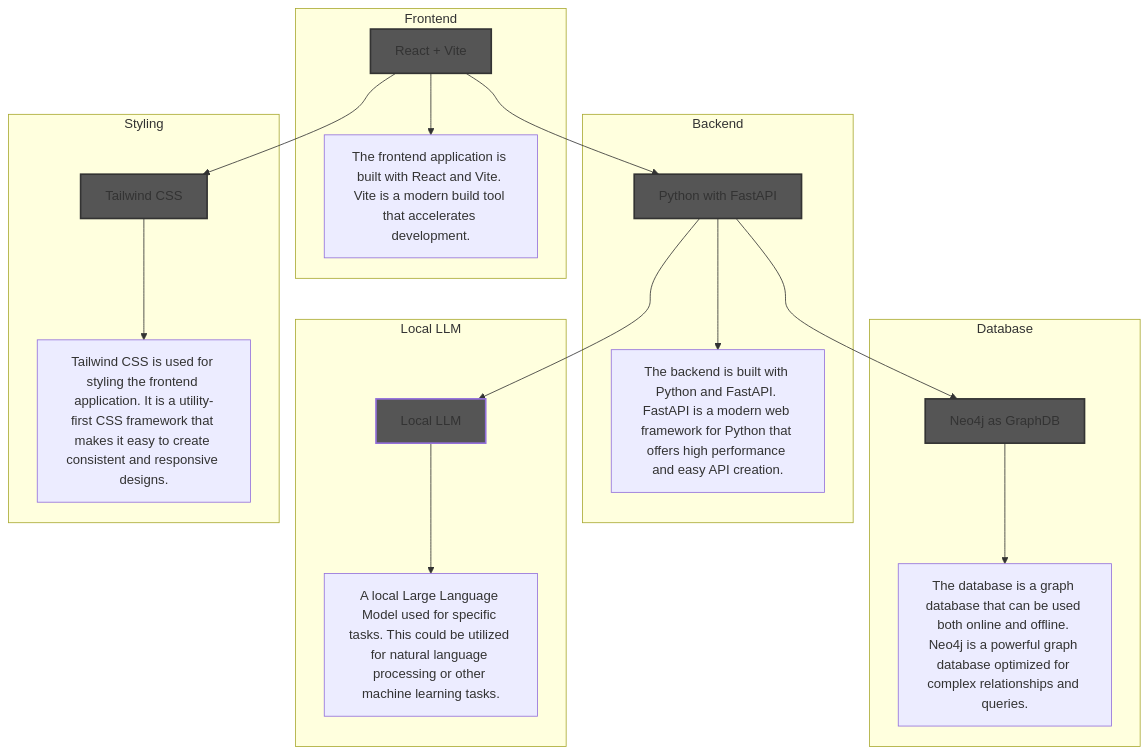
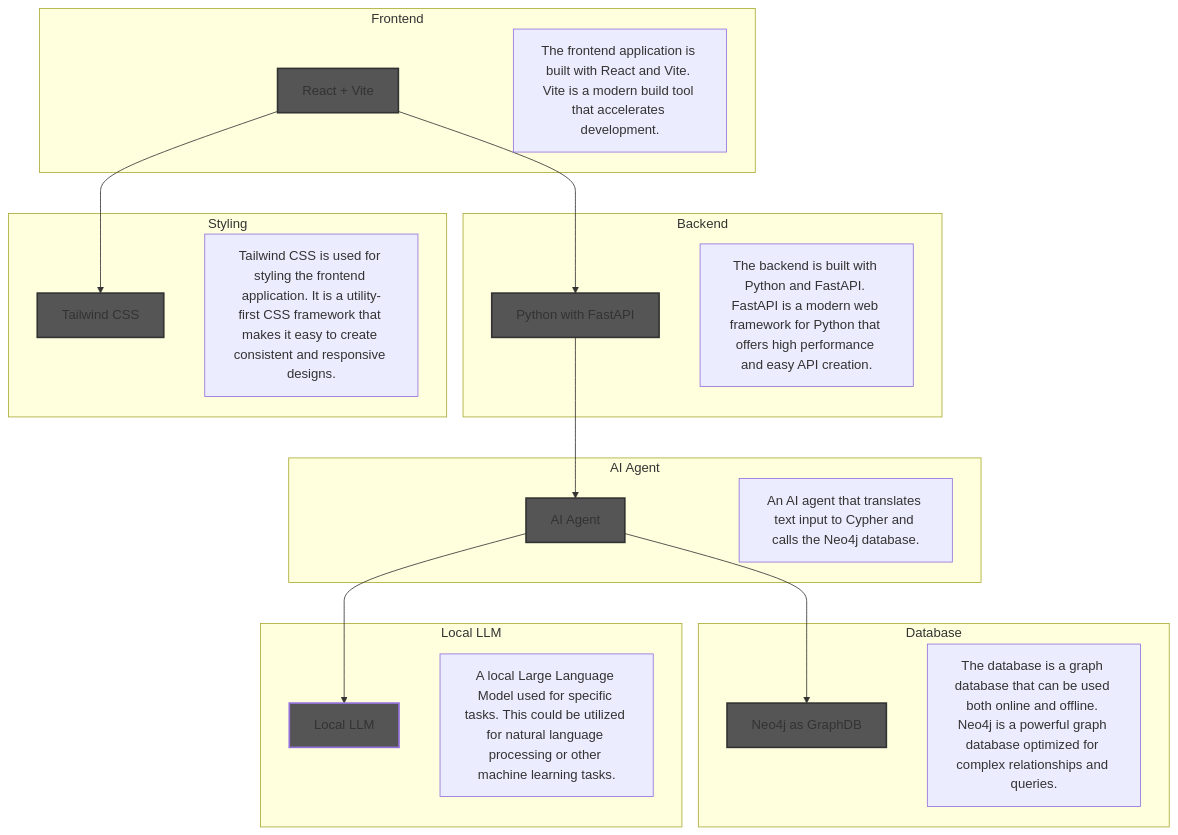
The diagram in README.md (blog-fl/poc-archi-to-neo4j-to-app), drawn with Mermaid before and after one commit.

````diff
--- a/README.md
+++ b/README.md
@@ -4,44 +4,48 @@
 ```mermaid
 graph TD
     subgraph Frontend
         A[React + Vite]
         A1[The frontend application is built with React and Vite. Vite is a modern build tool that accelerates development.]
     end
 
     subgraph Backend
         B[Python with FastAPI]
         B1[The backend is built with Python and FastAPI. FastAPI is a modern web framework for Python that offers high performance and easy API creation.]
     end
 
     subgraph Database
         C[Neo4j as GraphDB]
         C1[The database is a graph database that can be used both online and offline. Neo4j is a powerful graph database optimized for complex relationships and queries.]
     end
 
     subgraph Local LLM
         D[Local LLM]
         D1[A local Large Language Model used for specific tasks. This could be utilized for natural language processing or other machine learning tasks.]
     end
 
+    subgraph AI Agent
+        F[AI Agent]
+        F1[An AI agent that translates text input to Cypher and calls the Neo4j database.]
+    end
+
     subgraph Styling
         E[Tailwind CSS]
         E1[Tailwind CSS is used for styling the frontend application. It is a utility-first CSS framework that makes it easy to create consistent and responsive designs.]
     end
 
-    A --> A1
-    B --> B1
-    C --> C1
-    D --> D1
-    E --> E1
+
 
     A --> B
-    B --> C
-    B --> D
+    B --> F
     A --> E
+    F --> C
+    F --> D
 
     style A fill:#555,stroke:#333,stroke-width:2px
     style B fill:#555,stroke:#333,stroke-width:2px
     style C fill:#555,stroke:#333,stroke-width:2px
     style D fill:#555,stroke-width:2px
     style E fill:#555,stroke:#333,stroke-width:2px
+    style F fill:#555,stroke:#333,stroke-width:2px
+
 ```
````
